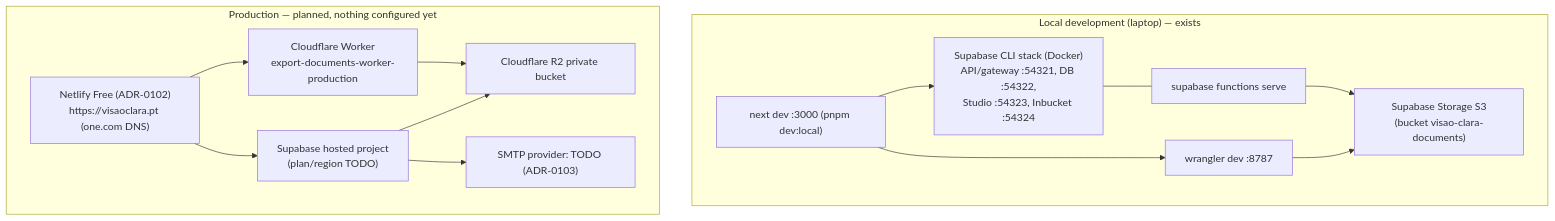
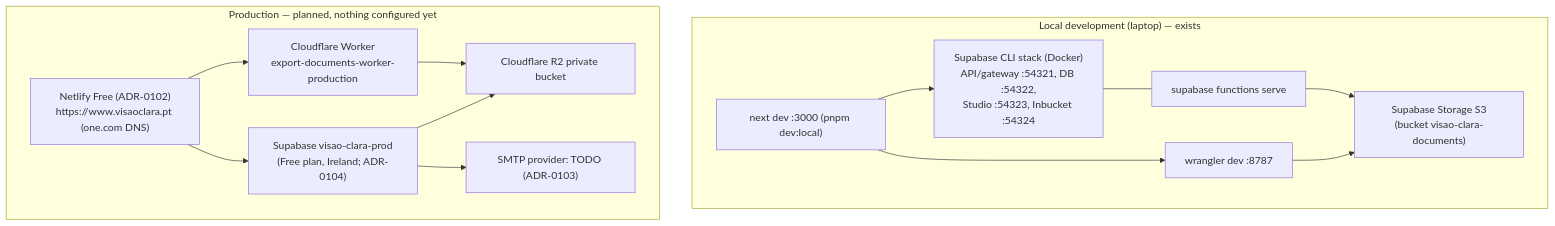
The second of 2 diagrams in docs/architecture/system-overview.md (franciscovaz/visao-clara), drawn with Mermaid before and after one commit. The commit also changed other lines of this file and 4 other files, not shown here.

````diff
--- a/docs/architecture/system-overview.md
+++ b/docs/architecture/system-overview.md
@@ -174,28 +174,28 @@
 ```mermaid
 flowchart TB
   subgraph Local["Local development (laptop) — exists"]
     L1["next dev :3000 (pnpm dev:local)"]
     L2["Supabase CLI stack (Docker)<br/>API/gateway :54321, DB :54322,<br/>Studio :54323, Inbucket :54324"]
     L3["supabase functions serve"]
     L4["wrangler dev :8787"]
     L5["Supabase Storage S3<br/>(bucket visao-clara-documents)"]
     L1 --> L2
     L1 --> L4
     L2 --- L3
     L3 --> L5
     L4 --> L5
   end
 
   subgraph Prod["Production — planned, nothing configured yet"]
-    P1["Netlify Free (ADR-0102)<br/>https://visaoclara.pt (one.com DNS)"]
-    P2["Supabase hosted project<br/>(plan/region TODO)"]
+    P1["Netlify Free (ADR-0102)<br/>https://www.visaoclara.pt (one.com DNS)"]
+    P2["Supabase visao-clara-prod<br/>(Free plan, Ireland; ADR-0104)"]
     P3["Cloudflare Worker<br/>export-documents-worker-production"]
     P4["Cloudflare R2 private bucket"]
     P5["SMTP provider: TODO (ADR-0103)"]
     P1 --> P2
     P1 --> P3
     P2 --> P4
     P3 --> P4
     P2 --> P5
   end
 ```
````
